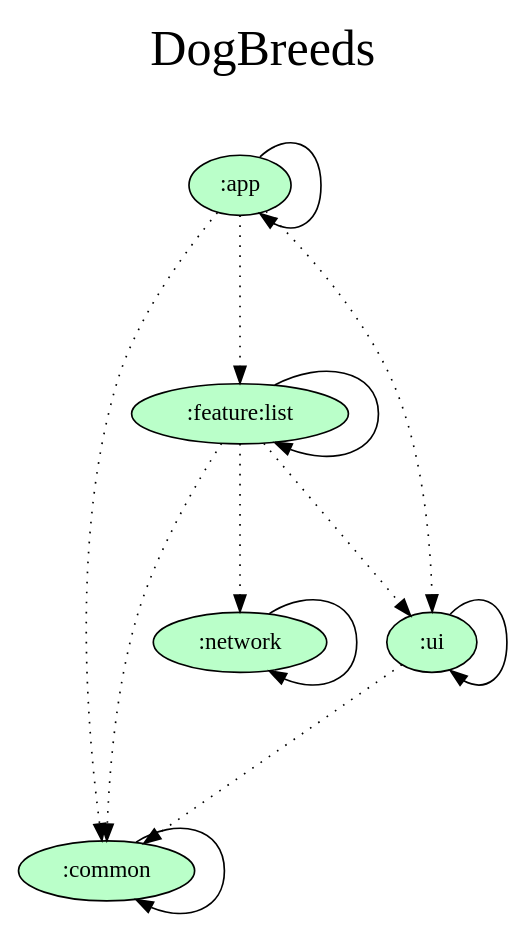
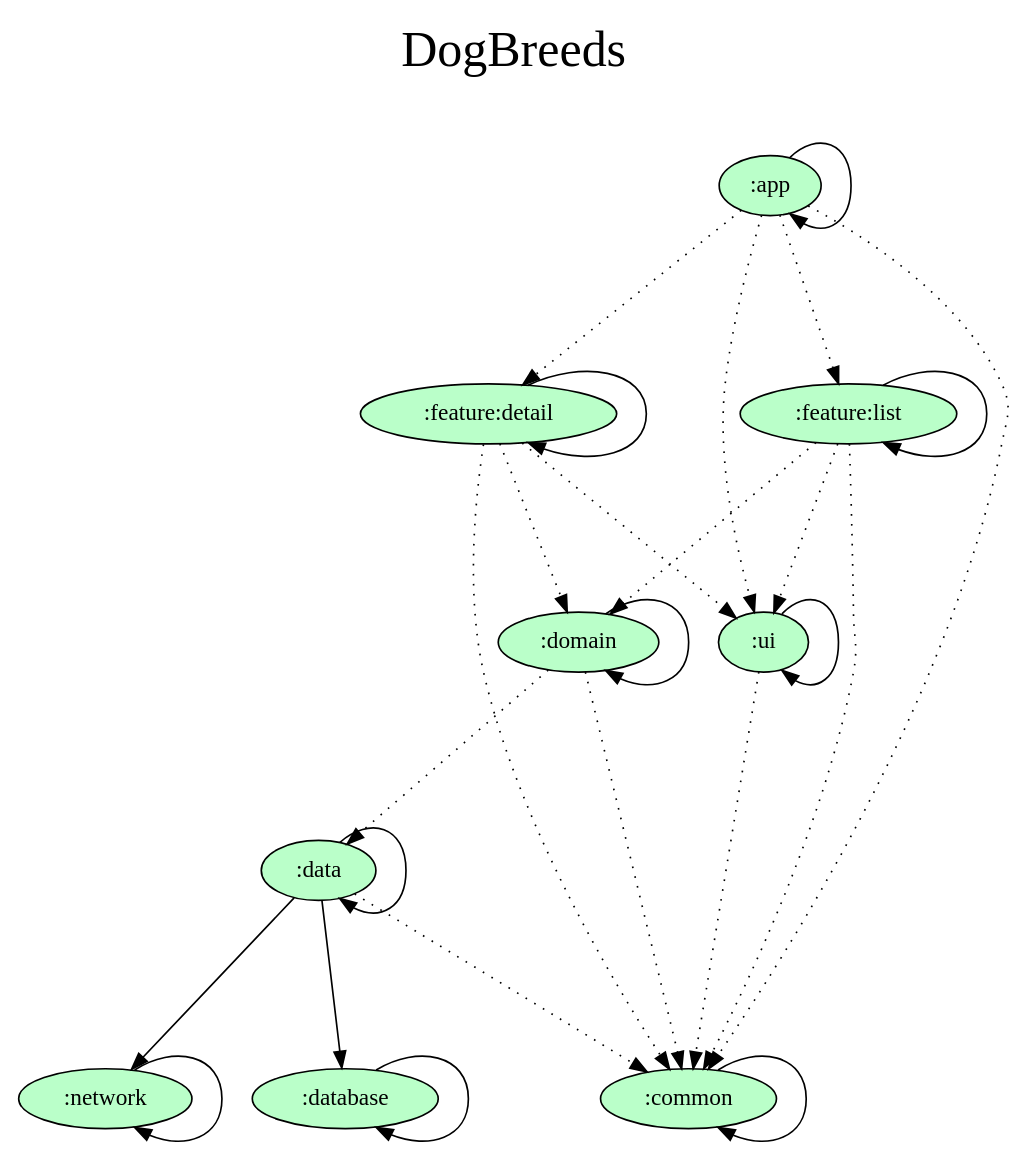
One commit to LorenzoNiero/DogBreedsApp changed the diagram in gradle/dependency-graph/project.dot. Above: the diagram before and after it, drawn with Graphviz. The commit also changed 1 other file, not shown here.

Commit message:
update dependency graph

```diff
--- a/gradle/dependency-graph/project.dot
+++ b/gradle/dependency-graph/project.dot
@@ -1,30 +1,47 @@
 digraph {
   graph [label="DogBreeds\n ",labelloc=t,fontsize=30,ranksep=1.4];
   node [style=filled, fillcolor="#bbbbbb"];
   rankdir=TB;
 
   # Projects
 
   ":app" [fillcolor="#baffc9"];
   ":common" [fillcolor="#baffc9"];
+  ":data" [fillcolor="#baffc9"];
+  ":database" [fillcolor="#baffc9"];
+  ":domain" [fillcolor="#baffc9"];
+  ":feature:detail" [fillcolor="#baffc9"];
   ":feature:list" [fillcolor="#baffc9"];
   ":network" [fillcolor="#baffc9"];
   ":ui" [fillcolor="#baffc9"];
 
   {rank = same;}
 
   # Dependencies
 
   ":app" -> ":app"
   ":app" -> ":common" [style=dotted]
   ":app" -> ":feature:list" [style=dotted]
+  ":app" -> ":feature:detail" [style=dotted]
   ":app" -> ":ui" [style=dotted]
+  ":database" -> ":database"
   ":common" -> ":common"
+  ":data" -> ":network"
+  ":data" -> ":database"
+  ":data" -> ":data"
+  ":data" -> ":common" [style=dotted]
   ":ui" -> ":ui"
   ":ui" -> ":common" [style=dotted]
+  ":domain" -> ":domain"
+  ":domain" -> ":common" [style=dotted]
+  ":domain" -> ":data" [style=dotted]
   ":network" -> ":network"
+  ":feature:detail" -> ":feature:detail"
+  ":feature:detail" -> ":common" [style=dotted]
+  ":feature:detail" -> ":ui" [style=dotted]
+  ":feature:detail" -> ":domain" [style=dotted]
   ":feature:list" -> ":feature:list"
   ":feature:list" -> ":common" [style=dotted]
   ":feature:list" -> ":ui" [style=dotted]
-  ":feature:list" -> ":network" [style=dotted]
+  ":feature:list" -> ":domain" [style=dotted]
 }
```
